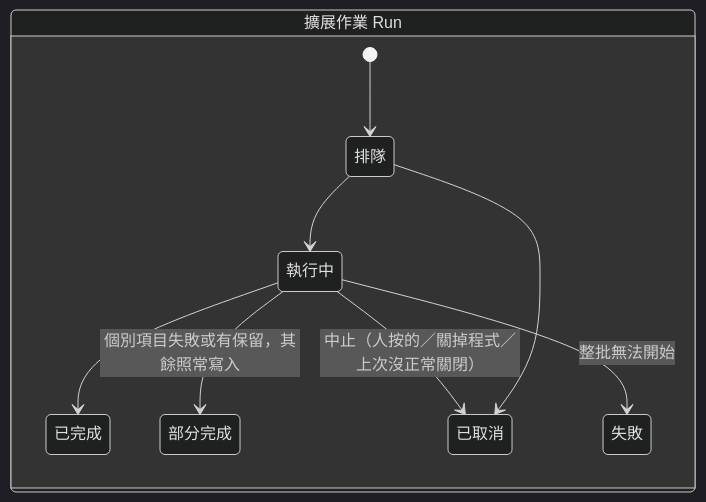
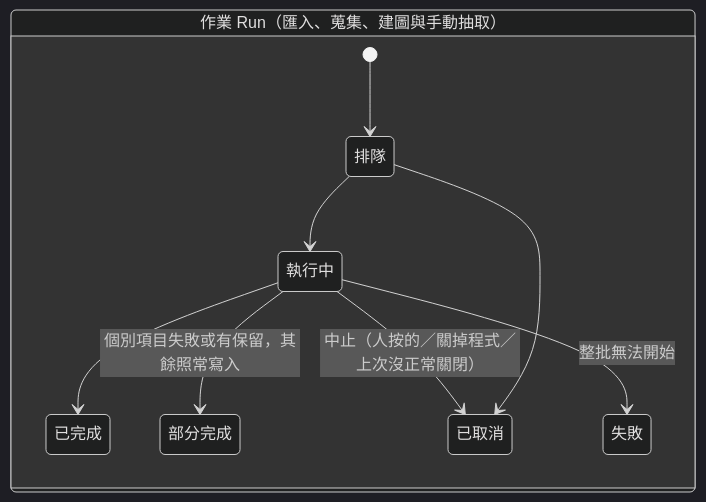
The third of 6 diagrams in docs/architecture/state-machines.md (SpringRain555/cyclosa), drawn with Mermaid (dark theme) before and after one commit. The commit also changed other lines of this file and 29 other files, not shown here.

````diff
--- a/docs/architecture/state-machines.md
+++ b/docs/architecture/state-machines.md
@@ -108,13 +108,13 @@
 ```mermaid
 stateDiagram-v2
   direction LR
-  state "擴展作業 Run" as R {
+  state "作業 Run（匯入、蒐集、建圖與手動抽取）" as R {
     [*] --> 排隊
     排隊 --> 執行中
     執行中 --> 已完成
     執行中 --> 部分完成 : 個別項目失敗或有保留，其餘照常寫入
     執行中 --> 已取消 : 中止（人按的／關掉程式／上次沒正常關閉）
     執行中 --> 失敗 : 整批無法開始
     排隊 --> 已取消
   }
 ```
````
